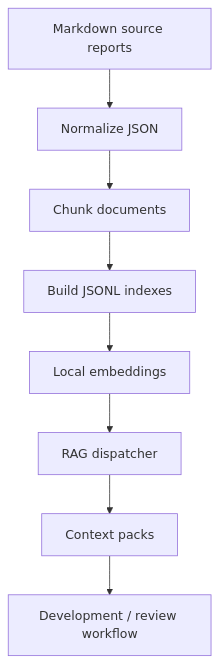
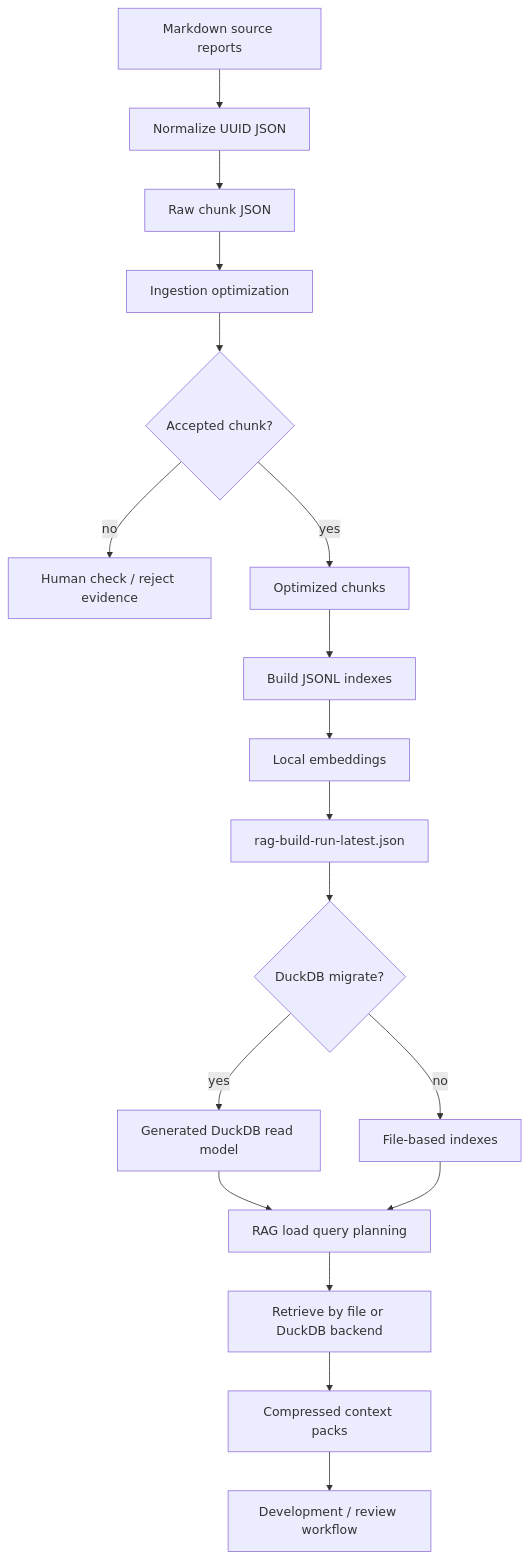
Diagram 15 of 16 in docs/diagrams/workflow-flowcharts.md (inabako/ariadne-ai-workflow-platform), drawn with Mermaid before and after one commit. The commit also changed other lines of this file and 54 other files, not shown here.

First line of the commit message:
docs(operations): Ariadne運用ドキュメントと図解資料を拡充する

````diff
--- a/docs/diagrams/workflow-flowcharts.md
+++ b/docs/diagrams/workflow-flowcharts.md
@@ -268,10 +354,20 @@
 ```mermaid
 flowchart TD
-  A[Markdown source reports] --> B[Normalize JSON]
-  B --> C[Chunk documents]
-  C --> D[Build JSONL indexes]
-  D --> E[Local embeddings]
-  E --> F[RAG dispatcher]
-  F --> G[Context packs]
-  G --> H[Development / review workflow]
+  A[Markdown source reports] --> B[Normalize UUID JSON]
+  B --> C[Raw chunk JSON]
+  C --> D[Ingestion optimization]
+  D --> E{Accepted chunk?}
+  E -- no --> F[Human check / reject evidence]
+  E -- yes --> G[Optimized chunks]
+  G --> H[Build JSONL indexes]
+  H --> I[Local embeddings]
+  I --> J[rag-build-run-latest.json]
+  J --> K{DuckDB migrate?}
+  K -- yes --> L[Generated DuckDB read model]
+  K -- no --> M[File-based indexes]
+  L --> N[RAG load query planning]
+  M --> N
+  N --> O[Retrieve by file or DuckDB backend]
+  O --> P[Compressed context packs]
+  P --> Q[Development / review workflow]
 ```
````
